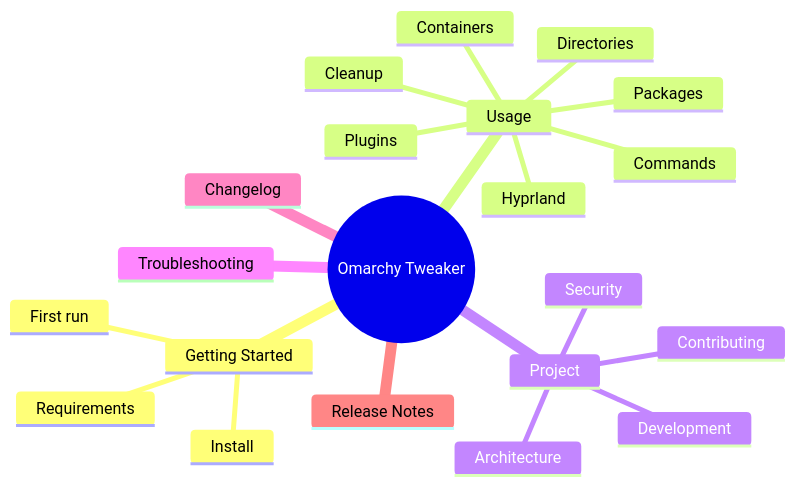
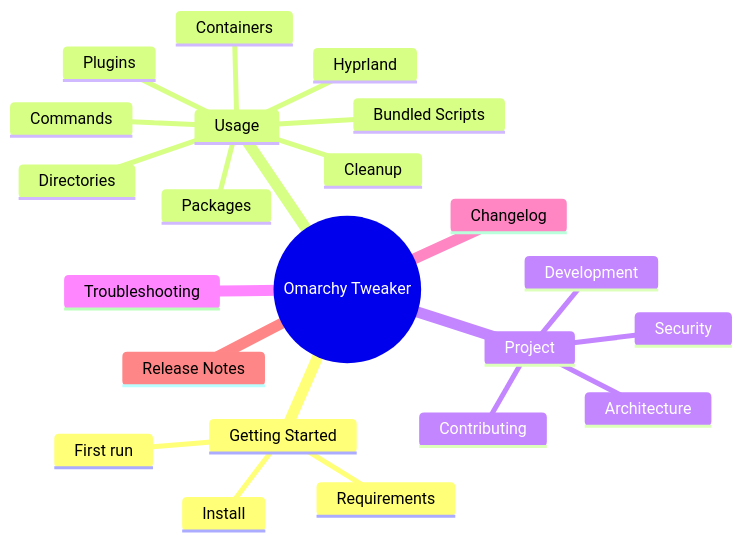
Before and after one commit to Armoghans-Organization/Omarchy-Tweaker: the third of 3 diagrams in docs/index.md, drawn with Mermaid. The commit also changed other lines of this file and 21 other files, not shown here.

Commit message:
feat(scripts): link bundled helper scripts into PATH

````diff
--- a/docs/index.md
+++ b/docs/index.md
@@ -242,24 +252,25 @@
 ```mermaid
 mindmap
   root((Omarchy Tweaker))
     Getting Started
       Requirements
       Install
       First run
     Usage
       Commands
       Packages
       Containers
       Plugins
       Hyprland
+      Bundled Scripts
       Cleanup
       Directories
     Project
       Architecture
       Development
       Contributing
       Security
     Troubleshooting
     Changelog
     Release Notes
 ```
````
